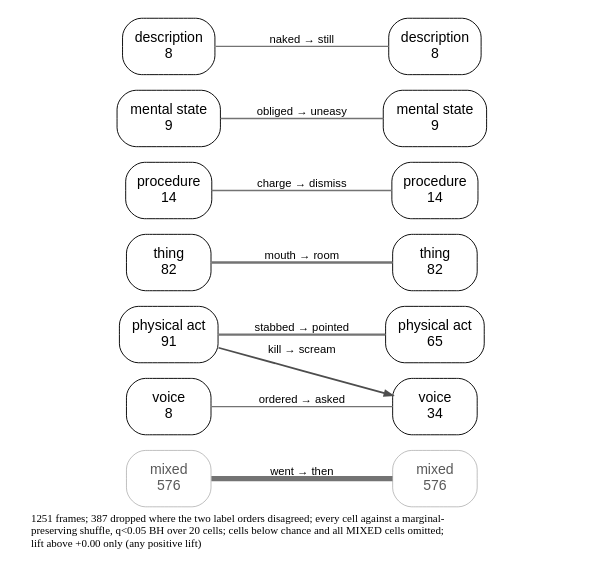
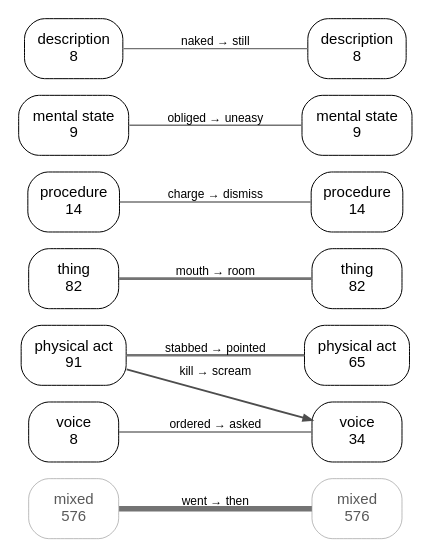
The diagram in experiments/displacement/freudian_hypothesis/results/kind_flow_en_liftpositive_permutation.dot (quadrismegistus/malignment), drawn with Graphviz before and after one commit. The commit also changed 20 other files, not shown here.

```diff
--- a/experiments/displacement/freudian_hypothesis/results/kind_flow_en_liftpositive_permutation.dot
+++ b/experiments/displacement/freudian_hypothesis/results/kind_flow_en_liftpositive_permutation.dot
@@ -1,37 +1,35 @@
 digraph kindflow {
   rankdir=LR; splines=true; overlap=false;
   size="4.8,5.52";
   bgcolor="white"; nodesep=0.14; ranksep=0.50;
   node [shape=box style="rounded" fontname="Helvetica" fontsize=9 color="black" fontcolor="black" margin="0.06,0.035" penwidth=0.6];
   edge [fontname="Helvetica" fontsize=7.2 color="#4d4d4d" penwidth=0.75 arrowsize=0.5];
   { rank=same;
     "B_MIXED" [label="mixed\n576" penwidth=0.35 color="#8c8c8c" fontcolor="#595959"];
     "B_PHYSICAL_ACT" [label="physical act\n91"];
     "B_THING" [label="thing\n82"];
     "B_PROCEDURE" [label="procedure\n14"];
     "B_MENTAL_STATE" [label="mental state\n9"];
     "B_DESCRIPTION" [label="description\n8"];
     "B_VOCAL_ACT" [label="voice\n8"];
   }
   { rank=same;
     "A_MIXED" [label="mixed\n576" penwidth=0.35 color="#8c8c8c" fontcolor="#595959"];
     "A_THING" [label="thing\n82"];
     "A_PHYSICAL_ACT" [label="physical act\n65"];
     "A_VOCAL_ACT" [label="voice\n34"];
     "A_PROCEDURE" [label="procedure\n14"];
     "A_MENTAL_STATE" [label="mental state\n9"];
     "A_DESCRIPTION" [label="description\n8"];
   }
   { rank=same;
   }
   "B_MIXED" -> "A_MIXED" [label="went → then" arrowhead=none color="#737373" penwidth=3.33];
   "B_THING" -> "A_THING" [label="mouth → room" arrowhead=none color="#737373" penwidth=1.57];
   "B_PHYSICAL_ACT" -> "A_PHYSICAL_ACT" [label="stabbed → pointed" arrowhead=none color="#737373" penwidth=1.45];
   "B_PHYSICAL_ACT" -> "A_VOCAL_ACT" [label="kill → scream" penwidth=1.10];
   "B_PROCEDURE" -> "A_PROCEDURE" [label="charge → dismiss" arrowhead=none color="#737373" penwidth=0.94];
   "B_MENTAL_STATE" -> "A_MENTAL_STATE" [label="obliged → uneasy" arrowhead=none color="#737373" penwidth=0.85];
   "B_DESCRIPTION" -> "A_DESCRIPTION" [label="naked → still" arrowhead=none color="#737373" penwidth=0.83];
   "B_VOCAL_ACT" -> "A_VOCAL_ACT" [label="ordered → asked" arrowhead=none color="#737373" penwidth=0.83];
-  labelloc="b"; labeljust="l";
-  label=<<font point-size="7.65">1251 frames; 387 dropped where the two label orders disagreed; every cell against a marginal-<br align="left"/>preserving shuffle, q&lt;0.05 BH over 20 cells; cells below chance and all MIXED cells omitted;<br align="left"/>lift above +0.00 only (any positive lift)<br align="left"/></font>>;
 }
```
